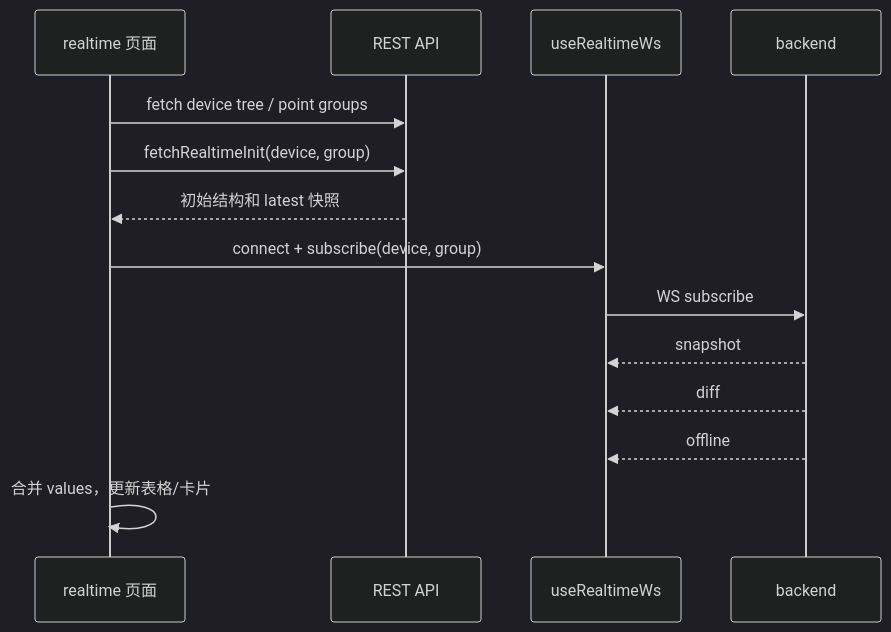
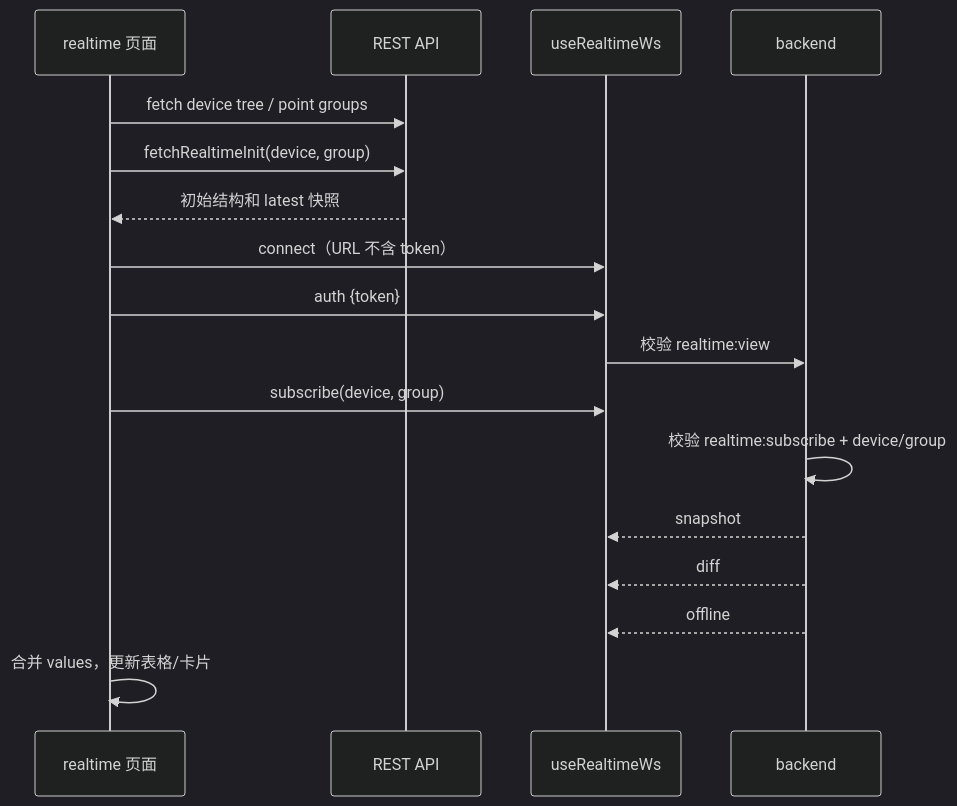
The third of 3 diagrams in docs/02-模块设计/frontend/页面权限与实时历史设计.md (Hry1729/data_watch), drawn with Mermaid (dark theme) before and after one commit. The commit also changed other lines of this file and 150 other files, not shown here.

````diff
--- a/docs/02-模块设计/frontend/页面权限与实时历史设计.md
+++ b/docs/02-模块设计/frontend/页面权限与实时历史设计.md
@@ -99,16 +99,19 @@
 ```mermaid
 sequenceDiagram
     participant PAGE as realtime 页面
     participant API as REST API
     participant WS as useRealtimeWs
     participant BE as backend
     PAGE->>API: fetch device tree / point groups
     PAGE->>API: fetchRealtimeInit(device, group)
     API-->>PAGE: 初始结构和 latest 快照
-    PAGE->>WS: connect + subscribe(device, group)
-    WS->>BE: WS subscribe
+    PAGE->>WS: connect（URL 不含 token）
+    PAGE->>WS: auth {token}
+    WS->>BE: 校验 realtime:view
+    PAGE->>WS: subscribe(device, group)
+    BE->>BE: 校验 realtime:subscribe + device/group
     BE-->>WS: snapshot
     BE-->>WS: diff
     BE-->>WS: offline
     PAGE->>PAGE: 合并 values，更新表格/卡片
 ```
````
